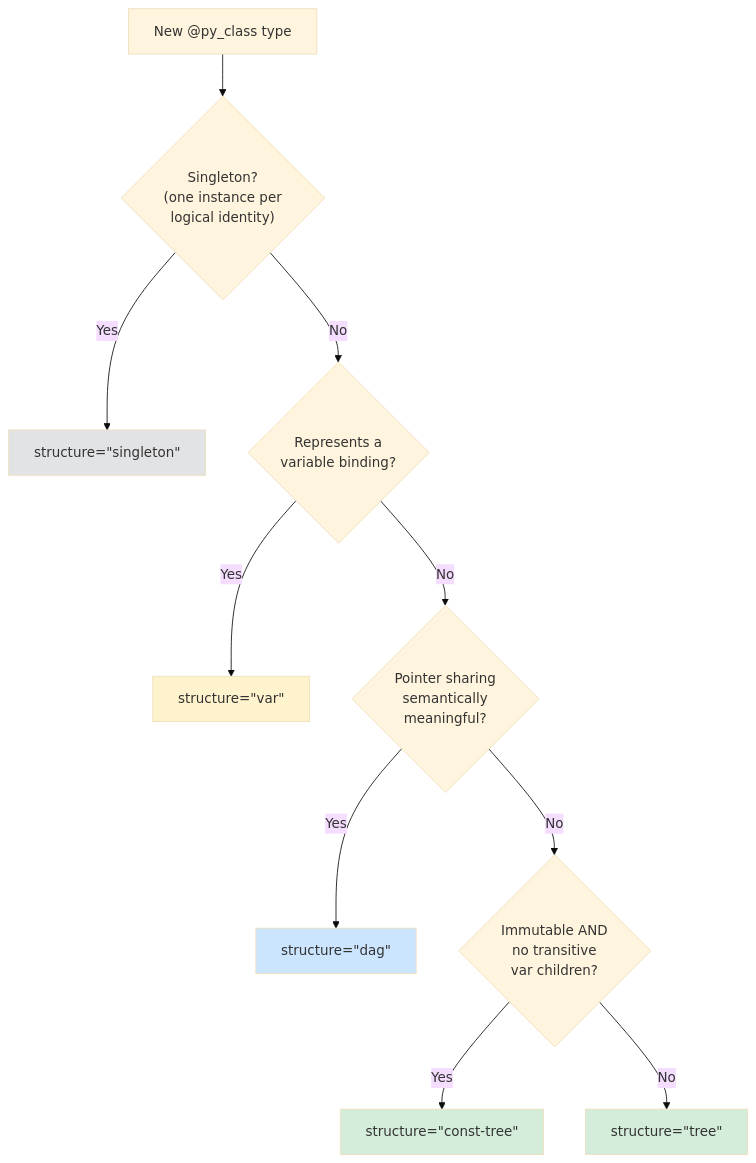
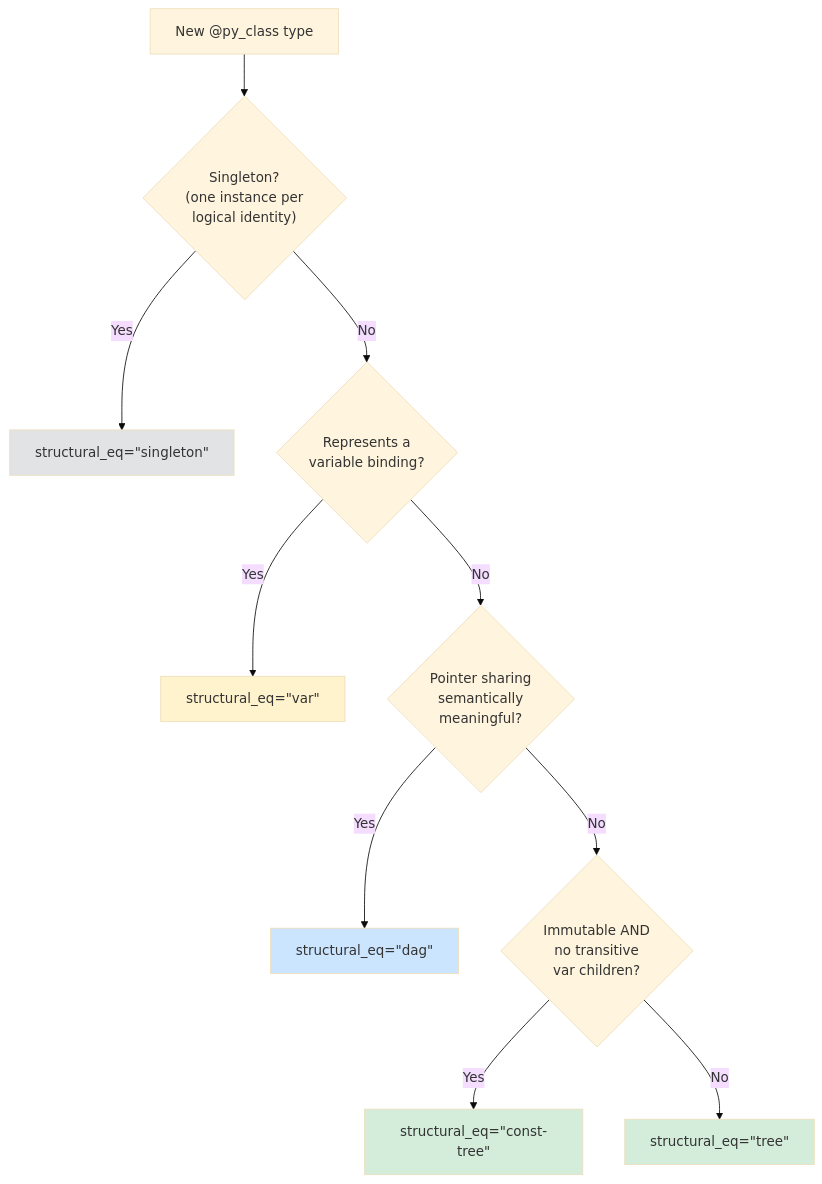
One commit to yaoyaoding/tvm-ffi changed the seventh of 8 diagrams in docs/concepts/structural_eq_hash.rst. Above: the diagram before and after it, drawn with Mermaid (base theme). The commit also changed other lines of this file and 4 other files, not shown here.

First line of the commit message:
refactor(python)!: rename `structure=` to `structural_eq=` (#509)

```diff
--- a/docs/concepts/structural_eq_hash.rst
+++ b/docs/concepts/structural_eq_hash.rst
@@ -635,18 +635,18 @@
 .. mermaid::
 
    graph TD
        Start["New @py_class type"] --> Q1{"Singleton?<br/>(one instance per<br/>logical identity)"}
-       Q1 -->|Yes| UI["structure=&quot;singleton&quot;"]
+       Q1 -->|Yes| UI["structural_eq=&quot;singleton&quot;"]
        Q1 -->|No| Q2{"Represents a<br/>variable binding?"}
-       Q2 -->|Yes| FV["structure=&quot;var&quot;"]
+       Q2 -->|Yes| FV["structural_eq=&quot;var&quot;"]
        Q2 -->|No| Q3{"Pointer sharing<br/>semantically<br/>meaningful?"}
-       Q3 -->|Yes| DN["structure=&quot;dag&quot;"]
+       Q3 -->|Yes| DN["structural_eq=&quot;dag&quot;"]
        Q3 -->|No| Q4{"Immutable AND<br/>no transitive<br/>var children?"}
-       Q4 -->|Yes| CTN["structure=&quot;const-tree&quot;"]
-       Q4 -->|No| TN["structure=&quot;tree&quot;"]
+       Q4 -->|Yes| CTN["structural_eq=&quot;const-tree&quot;"]
+       Q4 -->|No| TN["structural_eq=&quot;tree&quot;"]
 
        style UI fill:#e2e3e5
        style FV fill:#fff3cd
        style DN fill:#cce5ff
        style CTN fill:#d4edda
        style TN fill:#d4edda
```
